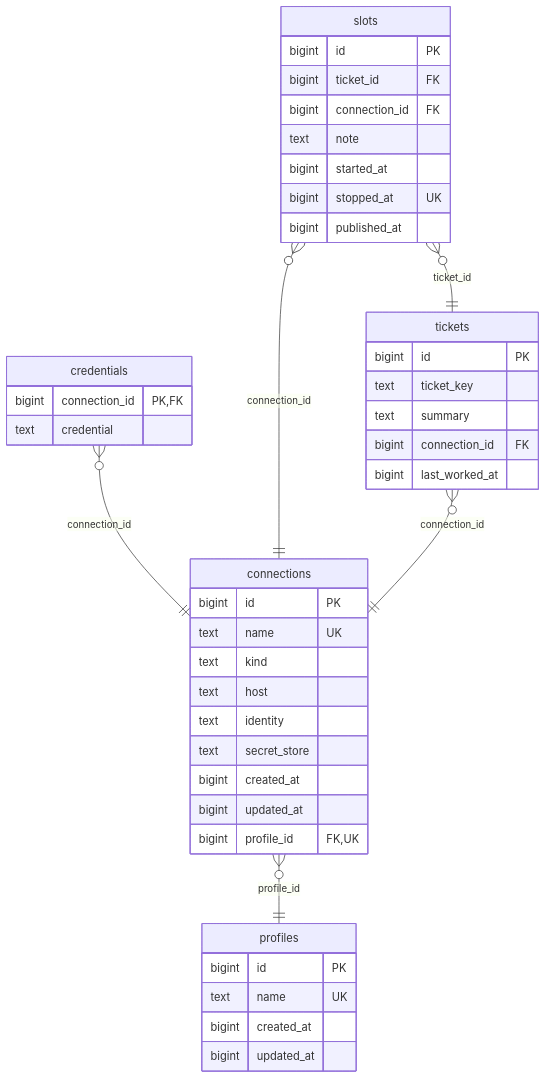
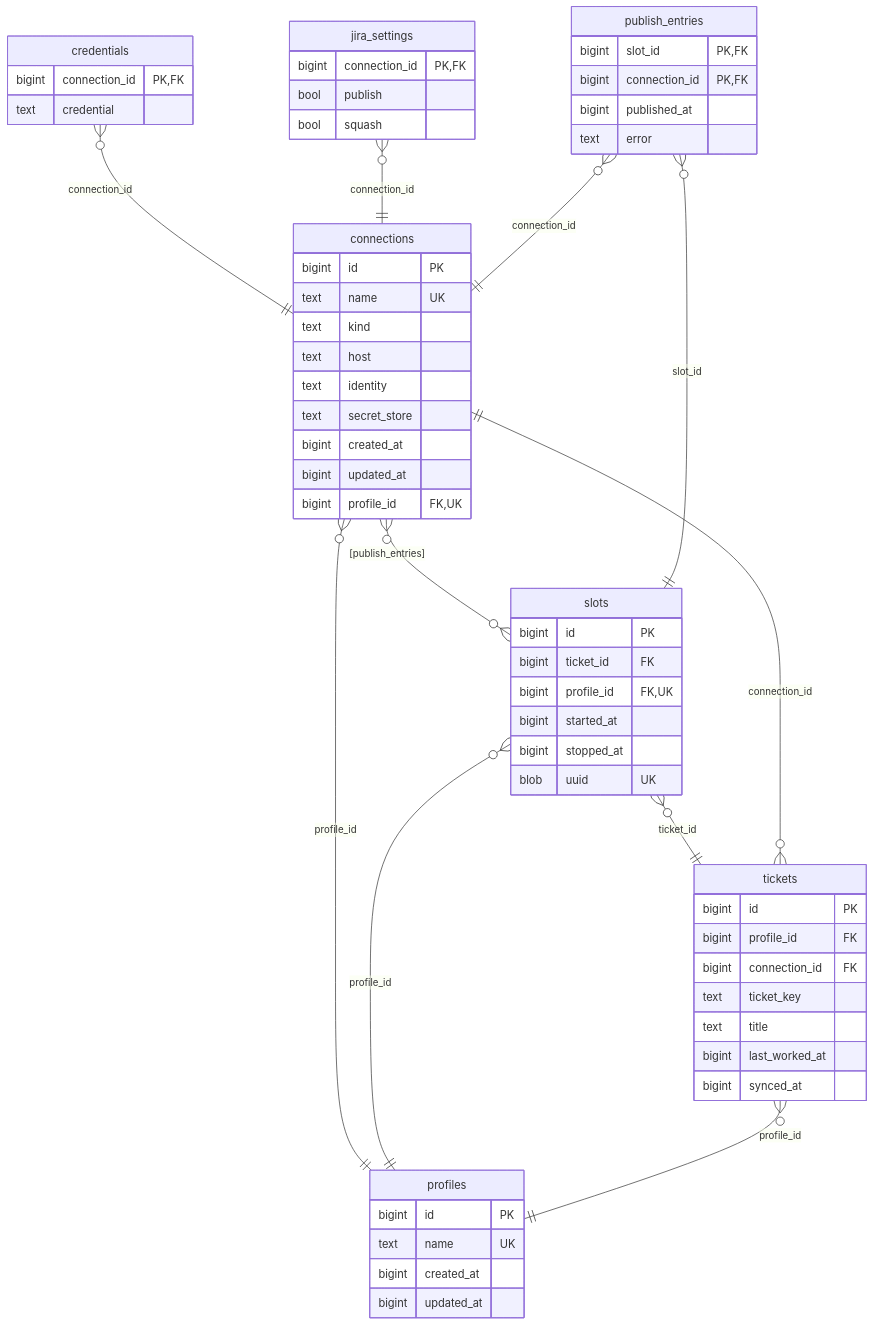
Before and after one commit to blazerzar/nirvana: the diagram in docs/schema.mermaid, drawn with Mermaid.

Commit message:
docs: update DB diagram

```diff
--- a/docs/schema.mermaid
+++ b/docs/schema.mermaid
@@ -1,43 +1,60 @@
 erDiagram
     connections {
         bigint id PK
         text name UK
         text kind
         text host
         text identity
         text secret_store
         bigint created_at
         bigint updated_at
         bigint profile_id FK,UK
     }
     credentials {
         bigint connection_id PK,FK
         text credential
     }
+    jira_settings {
+        bigint connection_id PK,FK
+        bool publish
+        bool squash
+    }
     profiles {
         bigint id PK
         text name UK
         bigint created_at
         bigint updated_at
     }
+    publish_entries {
+        bigint slot_id PK,FK
+        bigint connection_id PK,FK
+        bigint published_at
+        text error
+    }
     slots {
         bigint id PK
         bigint ticket_id FK
-        bigint connection_id FK
-        text note
+        bigint profile_id FK,UK
         bigint started_at
-        bigint stopped_at UK
-        bigint published_at
+        bigint stopped_at
+        blob uuid UK
     }
     tickets {
         bigint id PK
+        bigint profile_id FK
+        bigint connection_id FK
         text ticket_key
-        text summary
-        bigint connection_id FK
+        text title
         bigint last_worked_at
+        bigint synced_at
     }
     connections }o--|| profiles : "profile_id"
+    connections }o--o{ slots : "[publish_entries]"
     credentials }o--|| connections : "connection_id"
-    slots }o--|| connections : "connection_id"
+    jira_settings }o--|| connections : "connection_id"
+    publish_entries }o--|| connections : "connection_id"
+    publish_entries }o--|| slots : "slot_id"
+    slots }o--|| profiles : "profile_id"
     slots }o--|| tickets : "ticket_id"
     tickets }o--|| connections : "connection_id"
+    tickets }o--|| profiles : "profile_id"
```
